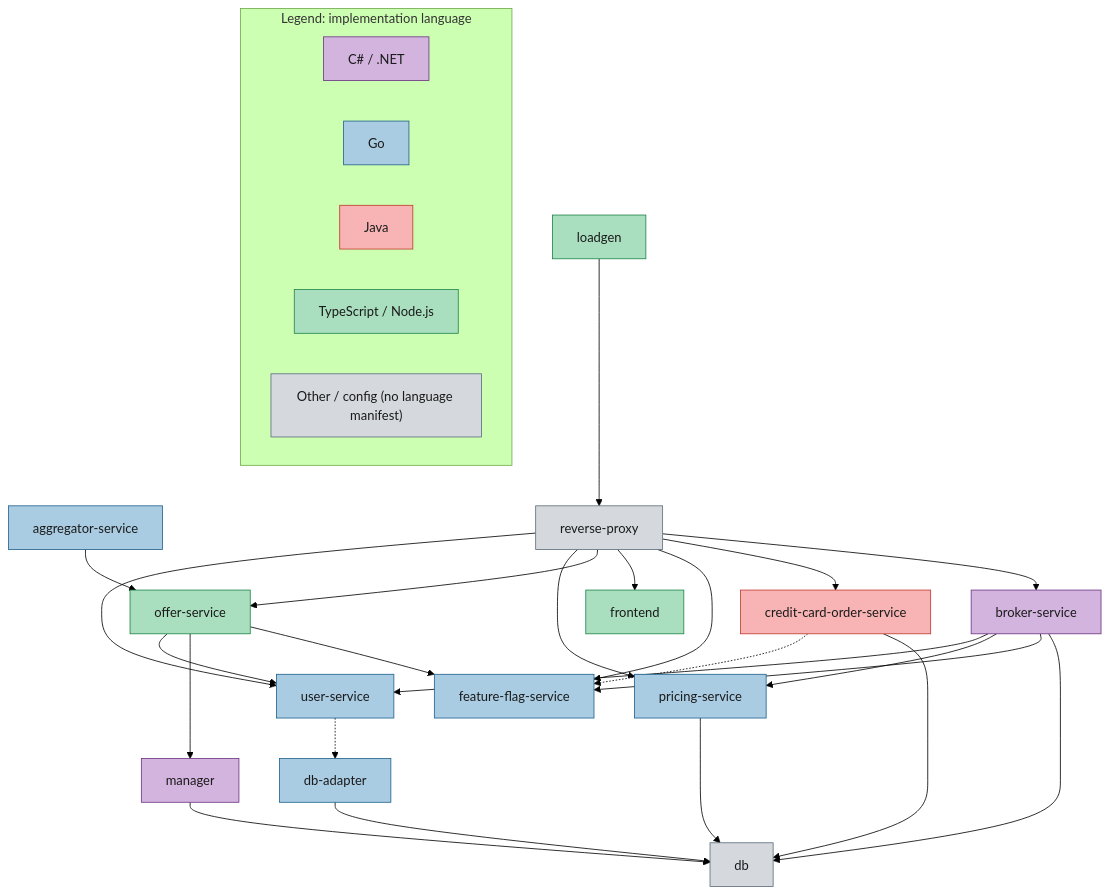
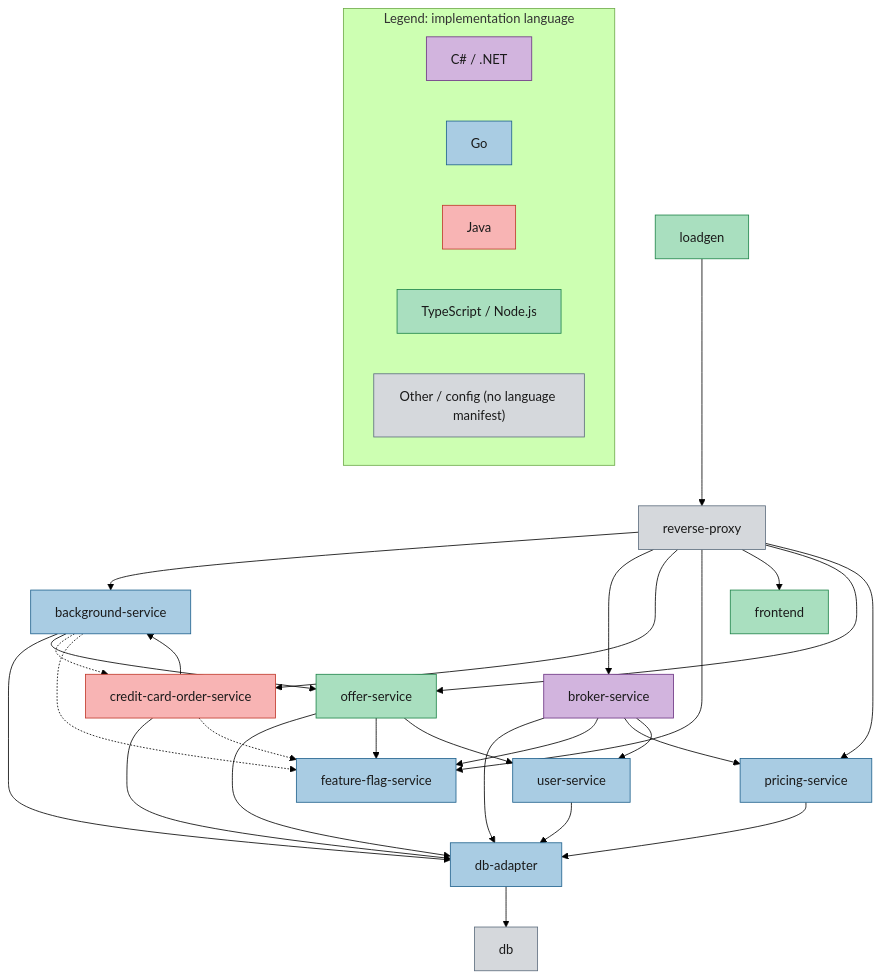
Before and after one commit to Dynatrace/easytrade: the diagram in README.md, drawn with Mermaid (forest theme). The commit also changed other lines of this file and 23 other files, not shown here.

````diff
--- a/README.md
+++ b/README.md
@@ -14,48 +12,49 @@
 ```mermaid
 flowchart TD
-    aggregator-service --> offer-service
-    broker-service --> db
+    background-service --> db-adapter
+    background-service --> offer-service
+    broker-service --> db-adapter
     broker-service --> feature-flag-service
     broker-service --> pricing-service
     broker-service --> user-service
-    credit-card-order-service --> db
+    credit-card-order-service --> background-service
+    credit-card-order-service --> db-adapter
     db-adapter --> db
+    loadgen --> reverse-proxy
+    offer-service --> db-adapter
+    offer-service --> feature-flag-service
+    offer-service --> user-service
+    pricing-service --> db-adapter
+    reverse-proxy --> background-service
     reverse-proxy --> broker-service
     reverse-proxy --> credit-card-order-service
     reverse-proxy --> feature-flag-service
     reverse-proxy --> frontend
     reverse-proxy --> offer-service
     reverse-proxy --> pricing-service
-    reverse-proxy --> user-service
-    loadgen --> reverse-proxy
-    manager --> db
-    offer-service --> feature-flag-service
-    offer-service --> manager
-    offer-service --> user-service
-    pricing-service --> db
+    user-service --> db-adapter
+    background-service -.-> credit-card-order-service
+    background-service -.-> feature-flag-service
     credit-card-order-service -.-> feature-flag-service
-    user-service -.-> db-adapter
 
-    class broker-service,manager dotnet
-    class aggregator-service,db-adapter,feature-flag-service,pricing-service,user-service go
-    class problem-operator goOffCompose
+    class broker-service dotnet
+    class background-service,db-adapter,feature-flag-service,pricing-service,user-service go
     class credit-card-order-service java
     class frontend,loadgen,offer-service node
     class db,reverse-proxy other
 
     classDef dotnet fill:#d2b4de,stroke:#6c3483,color:#1a1a1a,stroke-width:1px
     classDef go fill:#a9cce3,stroke:#1f618d,color:#1a1a1a,stroke-width:1px
     classDef java fill:#f8b4b4,stroke:#c0392b,color:#1a1a1a,stroke-width:1px
     classDef node fill:#a9dfbf,stroke:#1e8449,color:#1a1a1a,stroke-width:1px
     classDef other fill:#d5d8dc,stroke:#5d6d7e,color:#1a1a1a,stroke-width:1px
-    classDef goOffCompose fill:#a9cce3,stroke:#1f618d,color:#1a1a1a,stroke-width:1px,stroke-dasharray:5 5
 
     subgraph Legend[Legend: implementation language]
         direction LR
         legend_dotnet["C# / .NET"]:::dotnet
         legend_go["Go"]:::go
         legend_java["Java"]:::java
         legend_node["TypeScript / Node.js"]:::node
         legend_other["Other / config (no language manifest)"]:::other
     end
 ```
````
